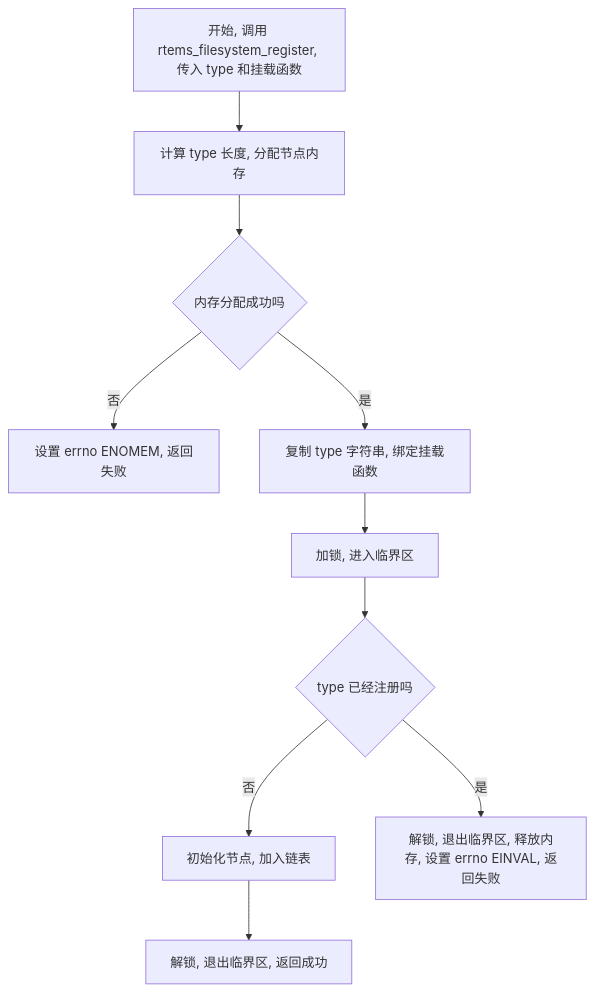
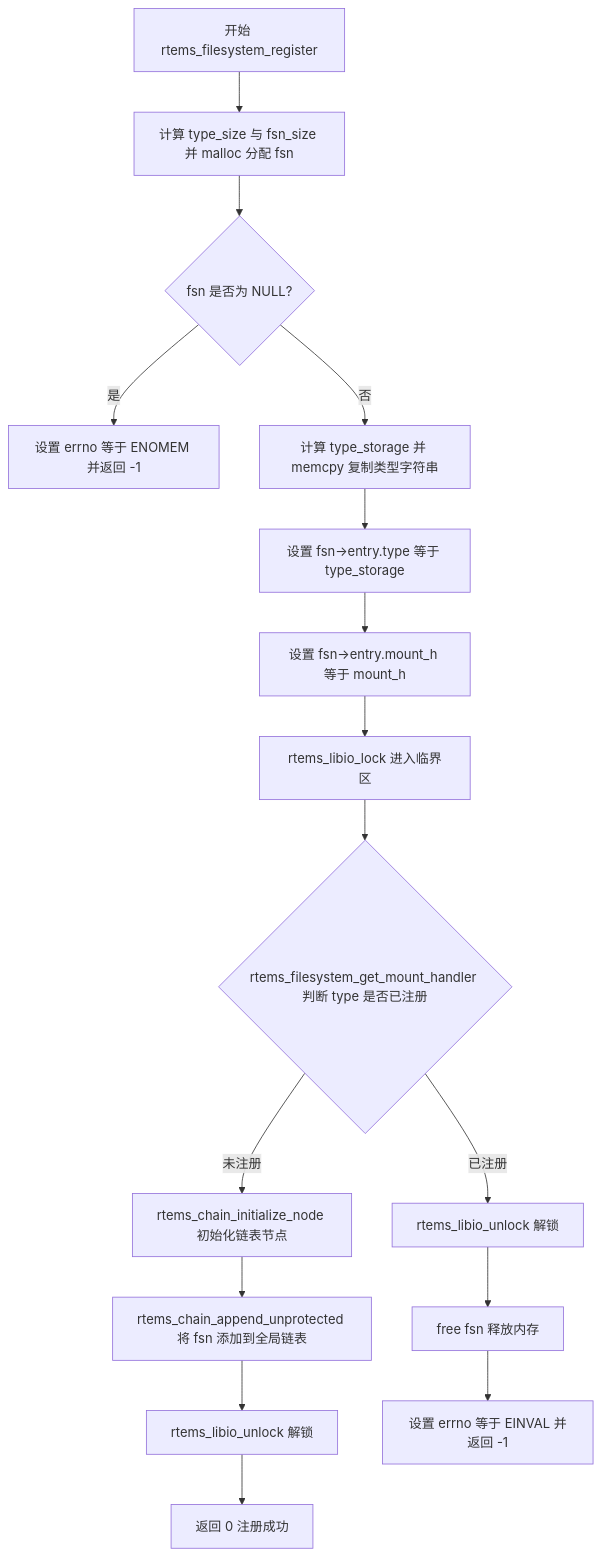
One commit to DavidingPlus/study-notes changed the tenth of 13 diagrams in 为了工作/Linux/内核层/Rtems Source Code.md. Above: the diagram before and after it, drawn with Mermaid. The commit also changed other lines of this file, not shown here.

````diff
--- a/为了工作/Linux/内核层/Rtems Source Code.md
+++ b/为了工作/Linux/内核层/Rtems Source Code.md
@@ -563,12 +563,18 @@
 ```mermaid
 flowchart TD
-    A[开始, 调用 rtems_filesystem_register, 传入 type 和挂载函数] --> B[计算 type 长度, 分配节点内存]
-    B --> C{内存分配成功吗}
-    C -- 否 --> D[设置 errno ENOMEM, 返回失败]
-    C -- 是 --> E[复制 type 字符串, 绑定挂载函数]
-    E --> F[加锁, 进入临界区]
-    F --> G{type 已经注册吗}
-    G -- 否 --> H[初始化节点, 加入链表]
-    H --> I[解锁, 退出临界区, 返回成功]
-    G -- 是 --> J[解锁, 退出临界区, 释放内存, 设置 errno EINVAL, 返回失败]
+    A[开始 rtems_filesystem_register] --> B[计算 type_size 与 fsn_size 并 malloc 分配 fsn]
+    B --> C{fsn 是否为 NULL?}
+    C -- 是 --> D[设置 errno 等于 ENOMEM 并返回 -1]
+    C -- 否 --> E[计算 type_storage 并 memcpy 复制类型字符串]
+    E --> F[设置 fsn->entry.type 等于 type_storage]
+    F --> G[设置 fsn->entry.mount_h 等于 mount_h]
+    G --> H[rtems_libio_lock 进入临界区]
+    H --> I{rtems_filesystem_get_mount_handler 判断 type 是否已注册}
+    I -- 未注册 --> J[rtems_chain_initialize_node 初始化链表节点]
+    J --> K[rtems_chain_append_unprotected 将 fsn 添加到全局链表]
+    K --> L[rtems_libio_unlock 解锁]
+    L --> M[返回 0 注册成功]
+    I -- 已注册 --> N[rtems_libio_unlock 解锁]
+    N --> O[free fsn 释放内存]
+    O --> P[设置 errno 等于 EINVAL 并返回 -1]
 ```
````
